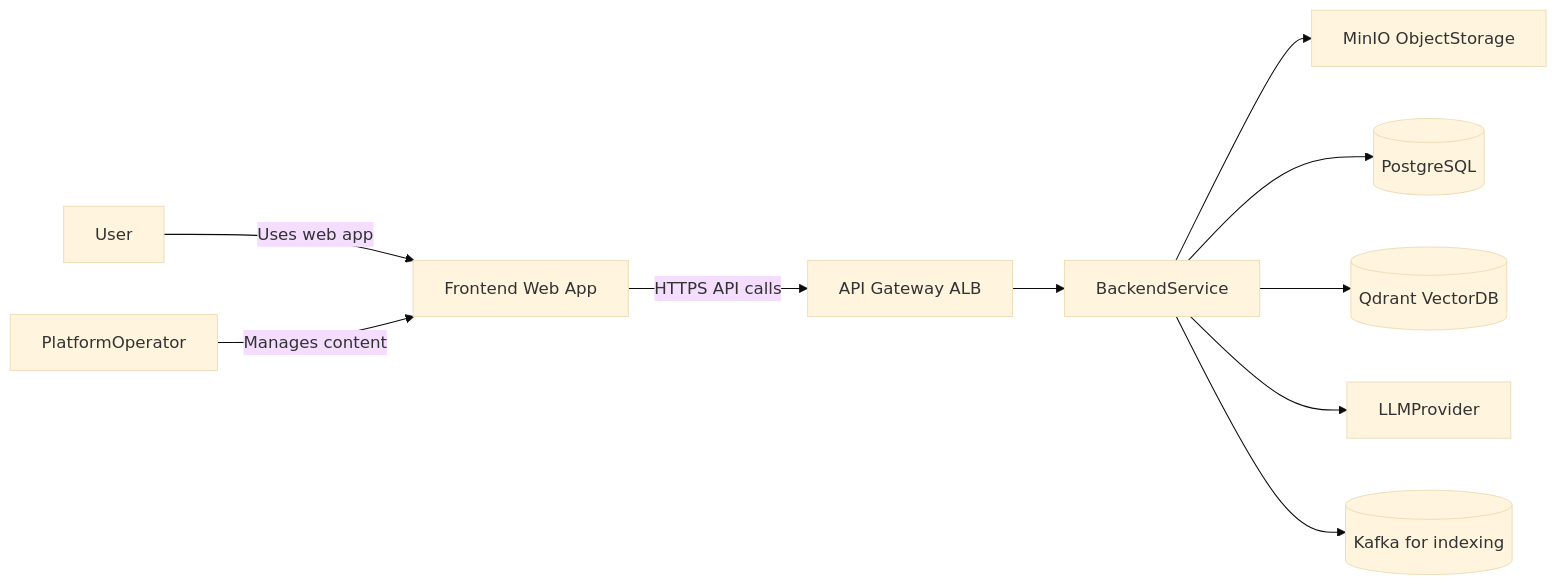
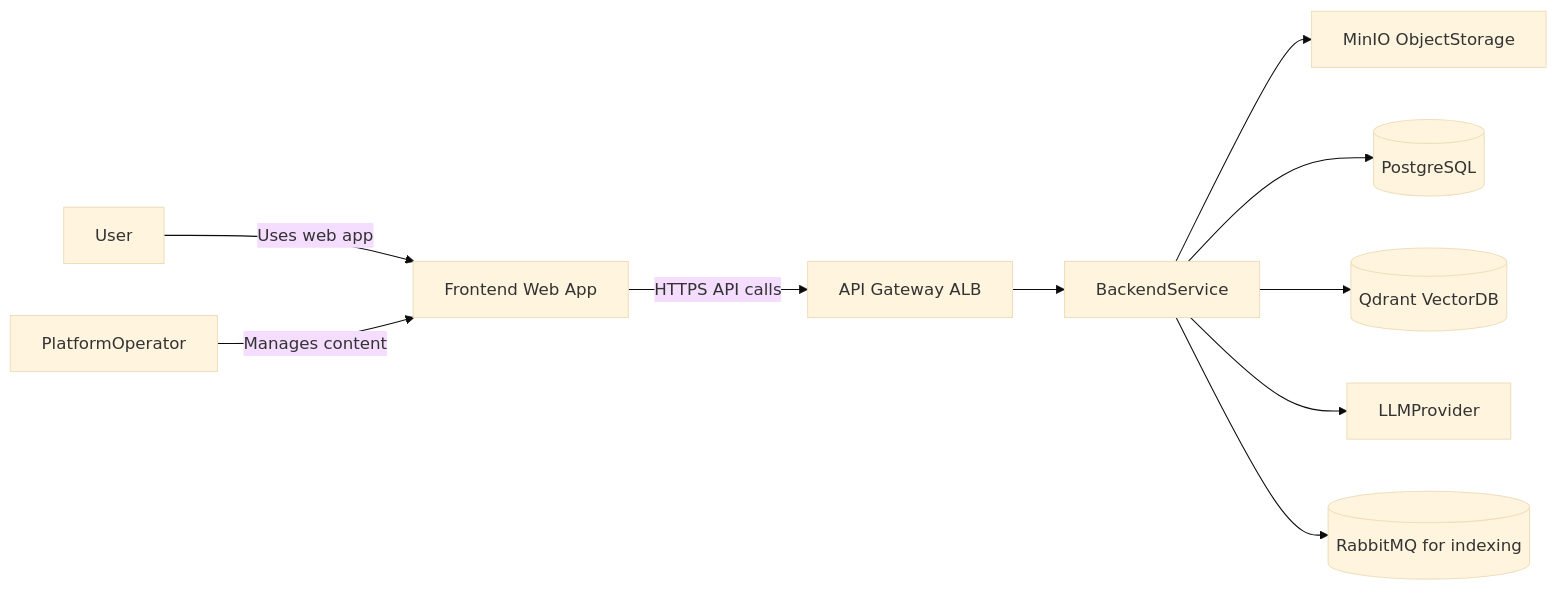
One commit to BeketML/EduAI changed the first of 4 diagrams in documents/AVD.md. Above: the diagram before and after it, drawn with Mermaid (base theme). The commit also changed other lines of this file and 6 other files, not shown here.

````diff
--- a/documents/AVD.md
+++ b/documents/AVD.md
@@ -119,12 +119,12 @@
 ```mermaid
 flowchart LR
   user[User] -->|"Uses web app"| frontend[Frontend Web App]
   operator[PlatformOperator] -->|"Manages content"| frontend
   frontend -->|"HTTPS API calls"| apiGateway[API Gateway ALB]
   apiGateway --> backendService[BackendService]
   backendService --> objectStorage[MinIO ObjectStorage]
   backendService --> postgres[(PostgreSQL)]
   backendService --> qdrant[(Qdrant VectorDB)]
   backendService --> llmProvider[LLMProvider]
-  backendService --> kafka[(Kafka for indexing)]
+  backendService --> rabbitmq[(RabbitMQ for indexing)]
 ```
````
